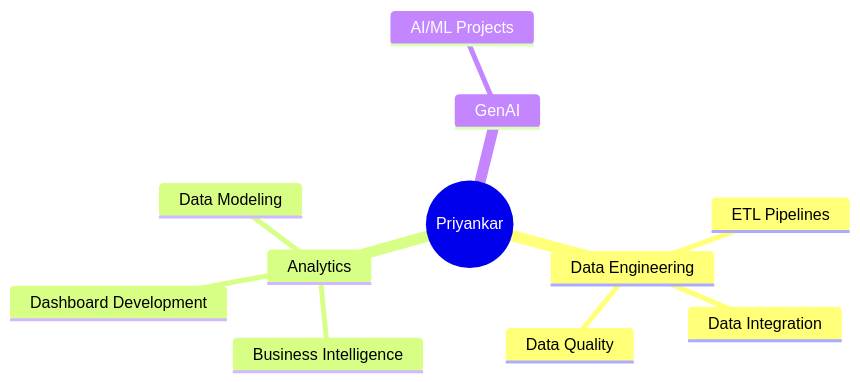
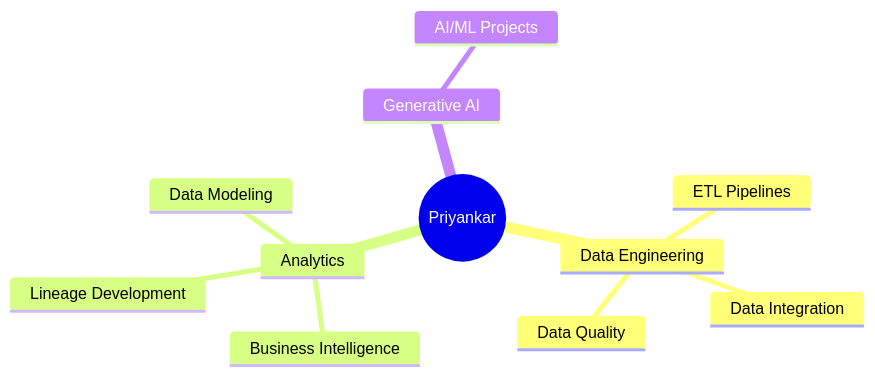
The diagram in README.md (patnaikfarm/patnaikfarm), drawn with Mermaid before and after one commit.

````diff
--- a/README.md
+++ b/README.md
@@ -21,15 +21,15 @@
 ```mermaid
 %%{init: {'theme':'default', 'themeVariables': { 'primaryColor':'#E3F2FD','primaryTextColor':'#000','primaryBorderColor':'#1976D2','lineColor':'#1976D2','secondaryColor':'#FFF3E0','tertiaryColor':'#F3E5F5'}}}%%
 mindmap
   root((Priyankar))
     Data Engineering
       ETL Pipelines
       Data Integration
       Data Quality
     Analytics
       Business Intelligence
-      Dashboard Development
+      Lineage Development
       Data Modeling
-    GenAI
+    Generative AI
       AI/ML Projects
 ```
````
